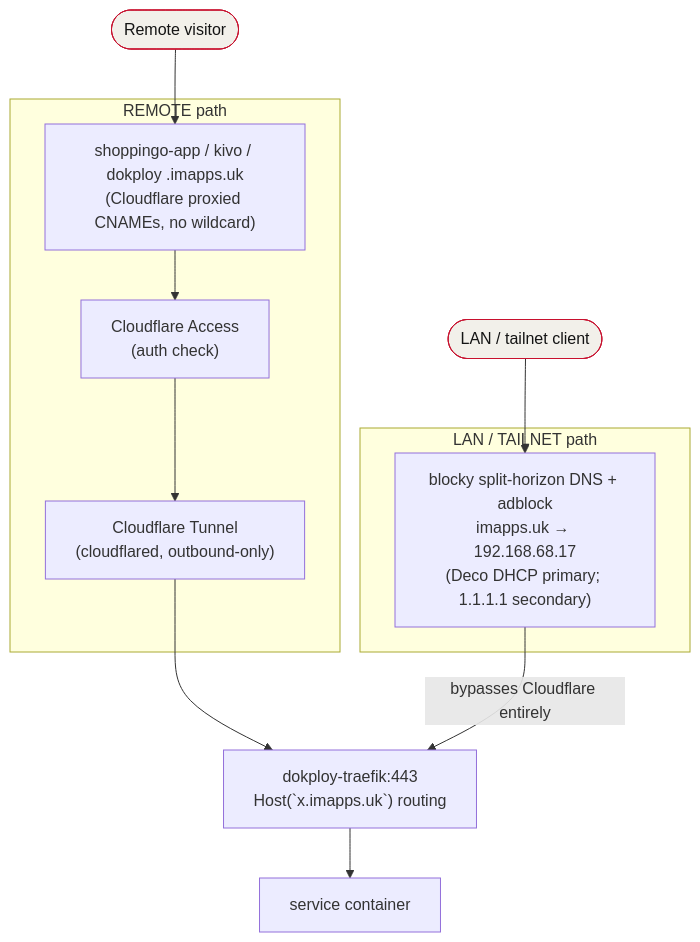
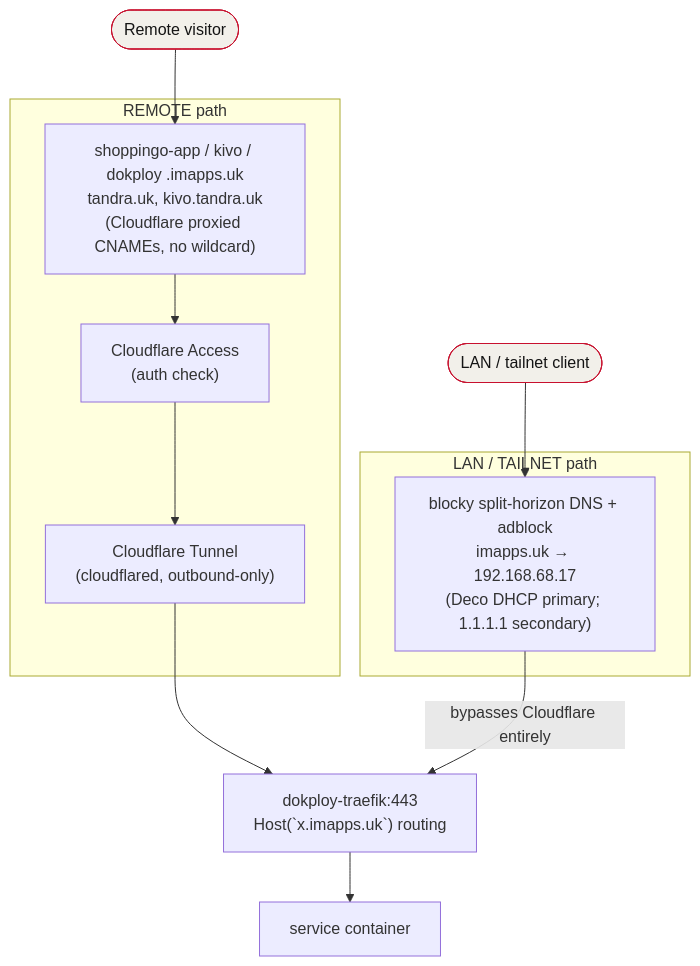
One commit to igor-siergiej/foundry changed the diagram in docs/homelab.md. Above: the diagram before and after it, drawn with Mermaid. The commit also changed other lines of this file and 2 other files, not shown here.

First line of the commit message:
infra: publish the Shoppingo app on tandra.uk (#18)

````diff
--- a/docs/homelab.md
+++ b/docs/homelab.md
@@ -31,24 +31,24 @@
 ```mermaid
 flowchart TB
     remoteUser([Remote visitor]):::ext
     lanUser([LAN / tailnet client]):::ext
 
     subgraph remote["REMOTE path"]
-        cfdns["shoppingo-app / kivo / dokploy .imapps.uk<br/>(Cloudflare proxied CNAMEs, no wildcard)"]
+        cfdns["shoppingo-app / kivo / dokploy .imapps.uk<br/>tandra.uk, kivo.tandra.uk<br/>(Cloudflare proxied CNAMEs, no wildcard)"]
         access["Cloudflare Access<br/>(auth check)"]
         tunnel["Cloudflare Tunnel<br/>(cloudflared, outbound-only)"]
     end
 
     subgraph lan["LAN / TAILNET path"]
         blocky["blocky split-horizon DNS + adblock<br/>imapps.uk → 192.168.68.17<br/>(Deco DHCP primary; 1.1.1.1 secondary)"]
     end
 
     traefik["dokploy-traefik:443<br/>Host(`x.imapps.uk`) routing"]
     svc["service container"]
 
     remoteUser --> cfdns --> access --> tunnel --> traefik
     lanUser --> blocky -->|bypasses Cloudflare entirely| traefik
     traefik --> svc
 
     classDef ext fill:#f2f0ea,stroke:#c8102e,color:#141414;
 ```
````
